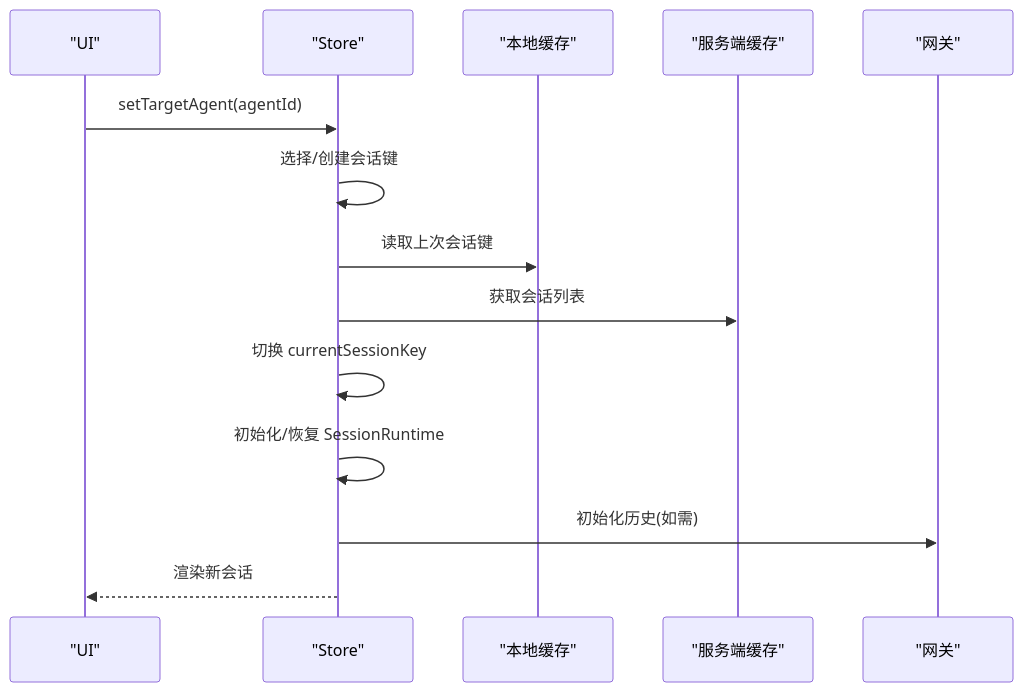
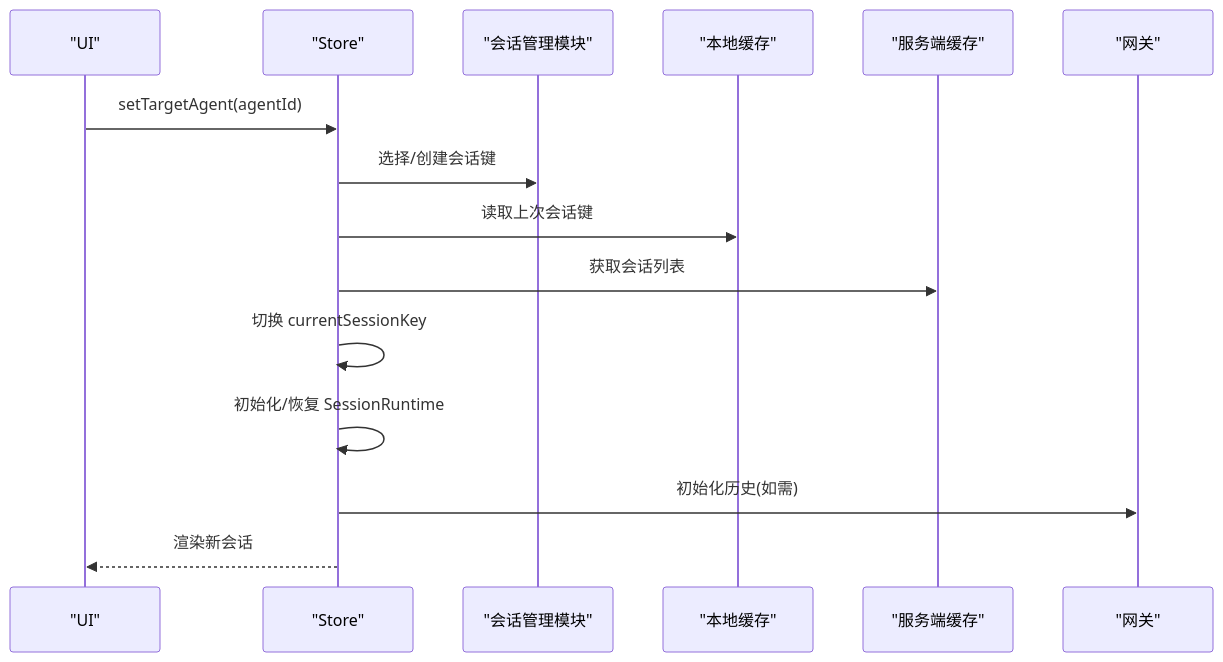
The fifth of 13 diagrams in .qoder/repowiki/zh/content/状态管理系统/控制台 Store 系统/聊天停靠 Store.md (WW-AI-Lab/openclaw-office), drawn with Mermaid before and after one commit. The commit also changed other lines of this file and 27 other files, not shown here.

````diff
--- a/.qoder/repowiki/zh/content/状态管理系统/控制台 Store 系统/聊天停靠 Store.md
+++ b/.qoder/repowiki/zh/content/状态管理系统/控制台 Store 系统/聊天停靠 Store.md
@@ -315,16 +329,17 @@
 ```mermaid
 sequenceDiagram
 participant UI as "UI"
 participant Store as "Store"
+participant Helpers as "会话管理模块"
 participant Local as "本地缓存"
 participant Server as "服务端缓存"
 participant Gateway as "网关"
 UI->>Store : setTargetAgent(agentId)
-Store->>Store : 选择/创建会话键
+Store->>Helpers : 选择/创建会话键
 Store->>Local : 读取上次会话键
 Store->>Server : 获取会话列表
 Store->>Store : 切换 currentSessionKey
 Store->>Store : 初始化/恢复 SessionRuntime
 Store->>Gateway : 初始化历史(如需)
 Store-->>UI : 渲染新会话
 ```
````
